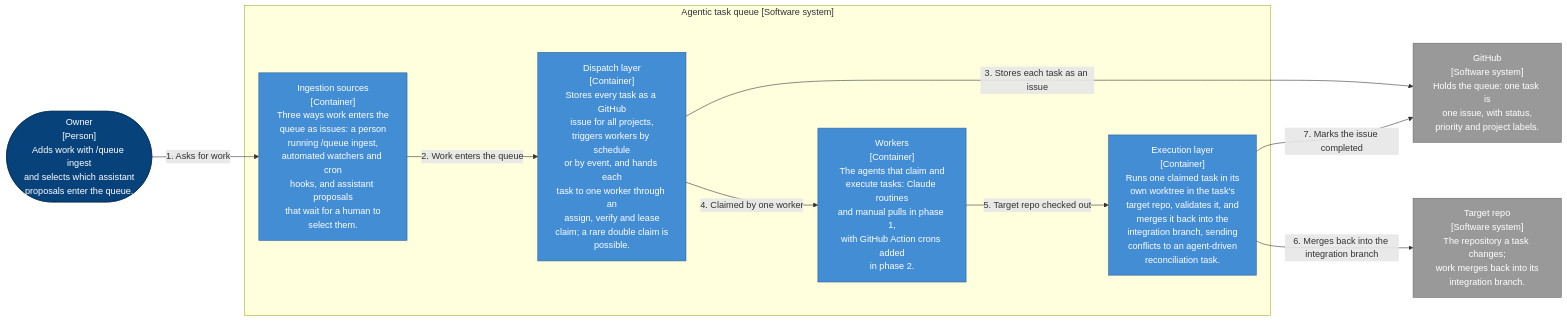
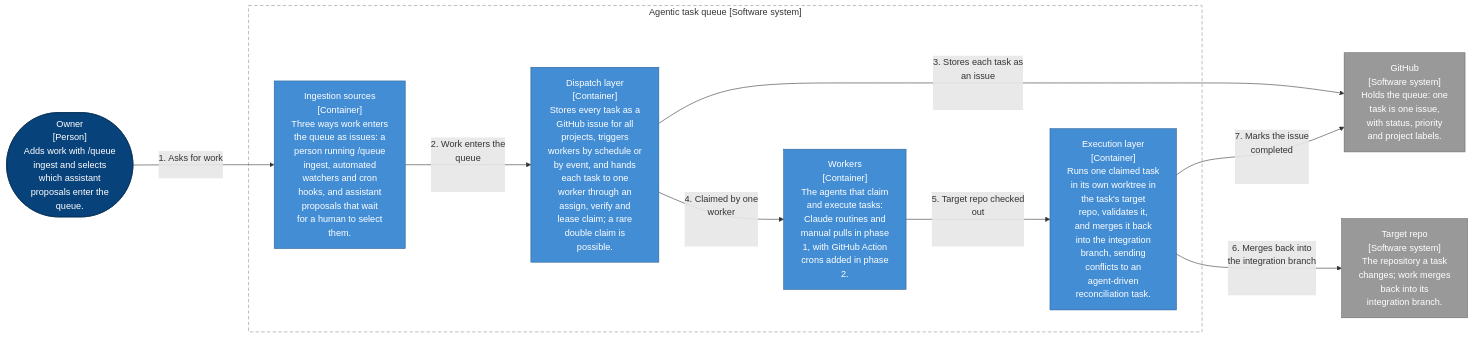
The third of 4 diagrams in docs/diagrams/c4/agentic-task-queue.md (victusfate/scaffold), drawn with Mermaid before and after one commit. The commit also changed other lines of this file and 15 other files, not shown here.

````diff
--- a/docs/diagrams/c4/agentic-task-queue.md
+++ b/docs/diagrams/c4/agentic-task-queue.md
@@ -67,25 +71,27 @@
 ```mermaid
+%%{init: {"flowchart": {"wrappingWidth": 400, "nodeSpacing": 45, "rankSpacing": 90}, "themeCSS": ".edgeLabel rect, .edgeLabel .labelBkg { fill: none !important; background: none !important; } .edgeLabel p, .edgeLabel span { background: none !important; }"}}%%
 flowchart LR
-    p_owner(["Owner<br/>[Person]<br/>Adds work with /queue ingest<br/>and selects which assistant<br/>proposals enter the queue."])
-    s_github["GitHub<br/>[Software system]<br/>Holds the queue: one task is<br/>one issue, with status,<br/>priority and project labels."]
-    s_target["Target repo<br/>[Software system]<br/>The repository a task changes;<br/>work merges back into its<br/>integration branch."]
+    p_owner(["Owner<br/>[Person]<br/>Adds work with /queue<br/>ingest and selects<br/>which assistant<br/>proposals enter the<br/>queue."])
+    s_github["GitHub<br/>[Software system]<br/>Holds the queue: one<br/>task is one issue,<br/>with status, priority<br/>and project labels."]
+    s_target["Target repo<br/>[Software system]<br/>The repository a task<br/>changes; work merges<br/>back into its<br/>integration branch."]
     subgraph sys["Agentic task queue [Software system]"]
-        c_ING["Ingestion sources<br/>[Container]<br/>Three ways work enters the<br/>queue as issues: a person<br/>running /queue ingest,<br/>automated watchers and cron<br/>hooks, and assistant proposals<br/>that wait for a human to<br/>select them."]
-        c_DISP["Dispatch layer<br/>[Container]<br/>Stores every task as a GitHub<br/>issue for all projects,<br/>triggers workers by schedule<br/>or by event, and hands each<br/>task to one worker through an<br/>assign, verify and lease<br/>claim; a rare double claim is<br/>possible."]
-        c_WORK["Workers<br/>[Container]<br/>The agents that claim and<br/>execute tasks: Claude routines<br/>and manual pulls in phase 1,<br/>with GitHub Action crons added<br/>in phase 2."]
-        c_EXEC["Execution layer<br/>[Container]<br/>Runs one claimed task in its<br/>own worktree in the task's<br/>target repo, validates it, and<br/>merges it back into the<br/>integration branch, sending<br/>conflicts to an agent-driven<br/>reconciliation task."]
+        c_ING["Ingestion sources<br/>[Container]<br/>Three ways work enters<br/>the queue as issues: a<br/>person running /queue<br/>ingest, automated<br/>watchers and cron<br/>hooks, and assistant<br/>proposals that wait<br/>for a human to select<br/>them."]
+        c_DISP["Dispatch layer<br/>[Container]<br/>Stores every task as a<br/>GitHub issue for all<br/>projects, triggers<br/>workers by schedule or<br/>by event, and hands<br/>each task to one<br/>worker through an<br/>assign, verify and<br/>lease claim; a rare<br/>double claim is<br/>possible."]
+        c_WORK["Workers<br/>[Container]<br/>The agents that claim<br/>and execute tasks:<br/>Claude routines and<br/>manual pulls in phase<br/>1, with GitHub Action<br/>crons added in phase<br/>2."]
+        c_EXEC["Execution layer<br/>[Container]<br/>Runs one claimed task<br/>in its own worktree in<br/>the task's target<br/>repo, validates it,<br/>and merges it back<br/>into the integration<br/>branch, sending<br/>conflicts to an<br/>agent-driven<br/>reconciliation task."]
     end
-    p_owner -->|"1. Asks for work"| c_ING
-    c_ING -->|"2. Work enters the queue"| c_DISP
-    c_DISP -->|"3. Stores each task as an issue"| s_github
-    c_DISP -->|"4. Claimed by one worker"| c_WORK
-    c_WORK -->|"5. Target repo checked out"| c_EXEC
-    c_EXEC -->|"6. Merges back into the integration branch"| s_target
-    c_EXEC -->|"7. Marks the issue completed"| s_github
+    style sys fill:none,stroke:#8a8f98,stroke-width:1px,stroke-dasharray:6 4
+    p_owner -->|"1. Asks for work<br/>⠀"| c_ING
+    c_ING -->|"2. Work enters the<br/>queue<br/>⠀<br/>⠀"| c_DISP
+    c_DISP -->|"3. Stores each task as<br/>an issue<br/>⠀<br/>⠀"| s_github
+    c_DISP -->|"4. Claimed by one<br/>worker<br/>⠀<br/>⠀"| c_WORK
+    c_WORK -->|"5. Target repo checked<br/>out<br/>⠀<br/>⠀"| c_EXEC
+    c_EXEC -->|"6. Merges back into<br/>the integration branch<br/>⠀<br/>⠀"| s_target
+    c_EXEC -->|"7. Marks the issue<br/>completed<br/>⠀<br/>⠀"| s_github
     classDef person fill:#08427b,stroke:#052e56,color:#ffffff;
     class p_owner person;
     classDef external fill:#999999,stroke:#6b6b6b,color:#ffffff;
     class s_github,s_target external;
     classDef container fill:#438dd5,stroke:#2e6295,color:#ffffff;
     class c_ING,c_DISP,c_WORK,c_EXEC container;
 ```
````
